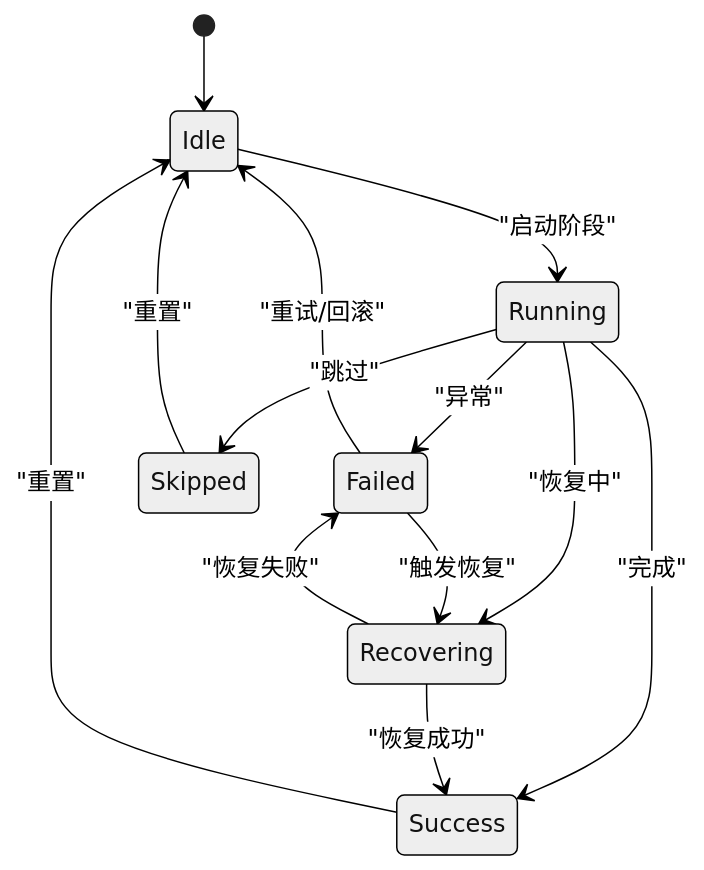
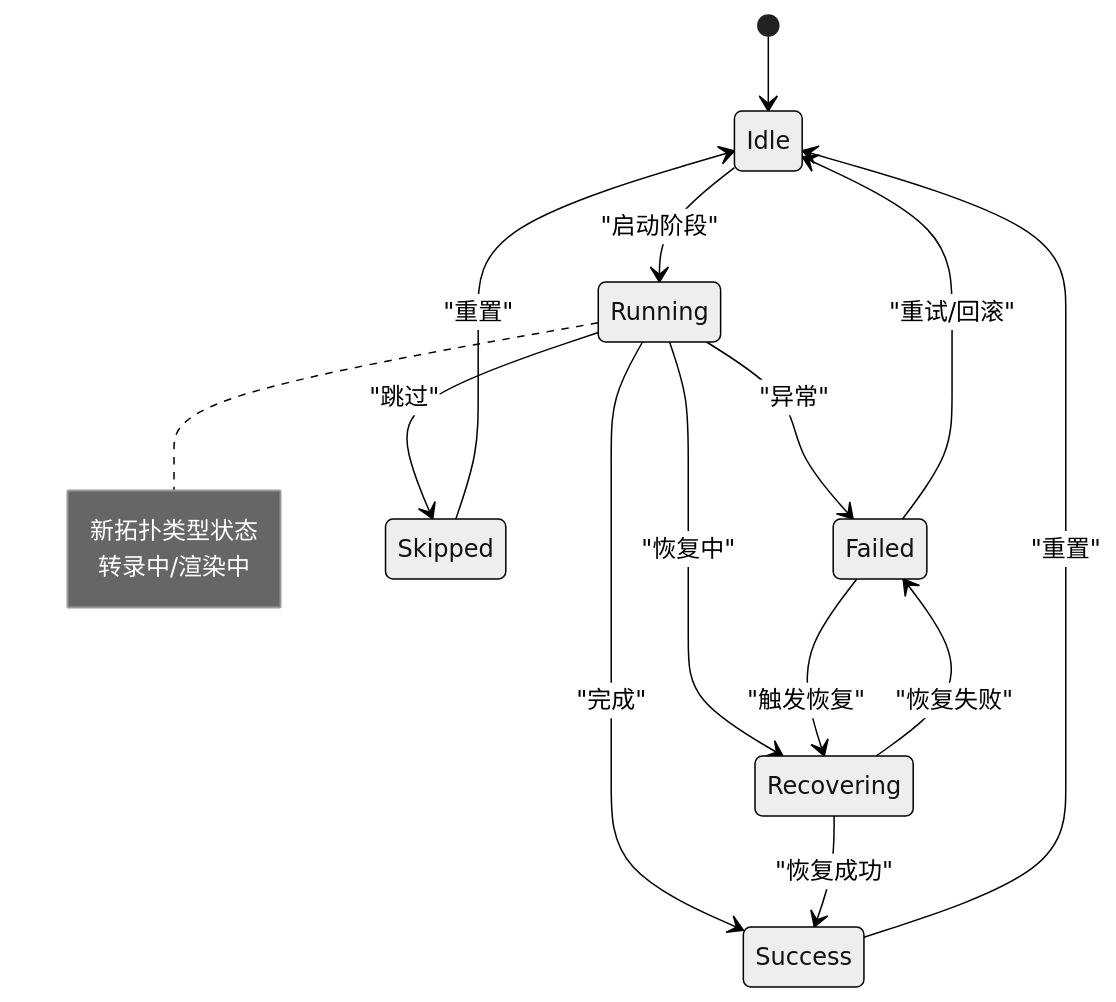
One commit to scottcwy/PurpleInk changed diagram 13 of 16 in .qoder/repowiki/zh/content/画布编辑器/画布编辑器.md. Above: the diagram before and after it, drawn with Mermaid (neutral theme). The commit also changed other lines of this file and 29 other files, not shown here.

````diff
--- a/.qoder/repowiki/zh/content/画布编辑器/画布编辑器.md
+++ b/.qoder/repowiki/zh/content/画布编辑器/画布编辑器.md
@@ -607,15 +704,16 @@
 ```mermaid
 stateDiagram-v2
 [*] --> Idle
 Idle --> Running : "启动阶段"
 Running --> Success : "完成"
 Running --> Failed : "异常"
 Running --> Skipped : "跳过"
 Running --> Recovering : "恢复中"
 Failed --> Recovering : "触发恢复"
 Recovering --> Success : "恢复成功"
 Recovering --> Failed : "恢复失败"
 Success --> Idle : "重置"
 Failed --> Idle : "重试/回滚"
 Skipped --> Idle : "重置"
+note right of Running : 新拓扑类型状态<br/>转录中/渲染中
 ```
````
